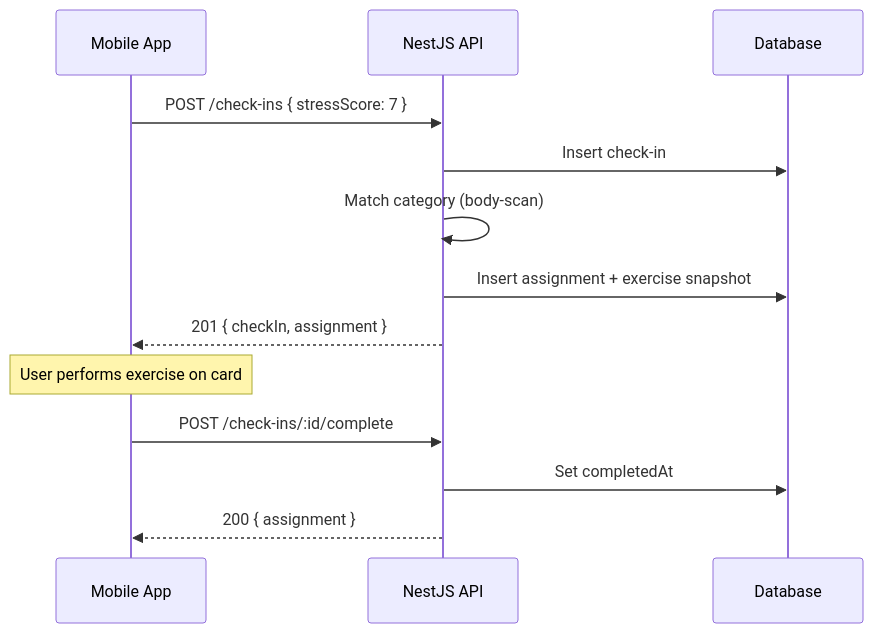
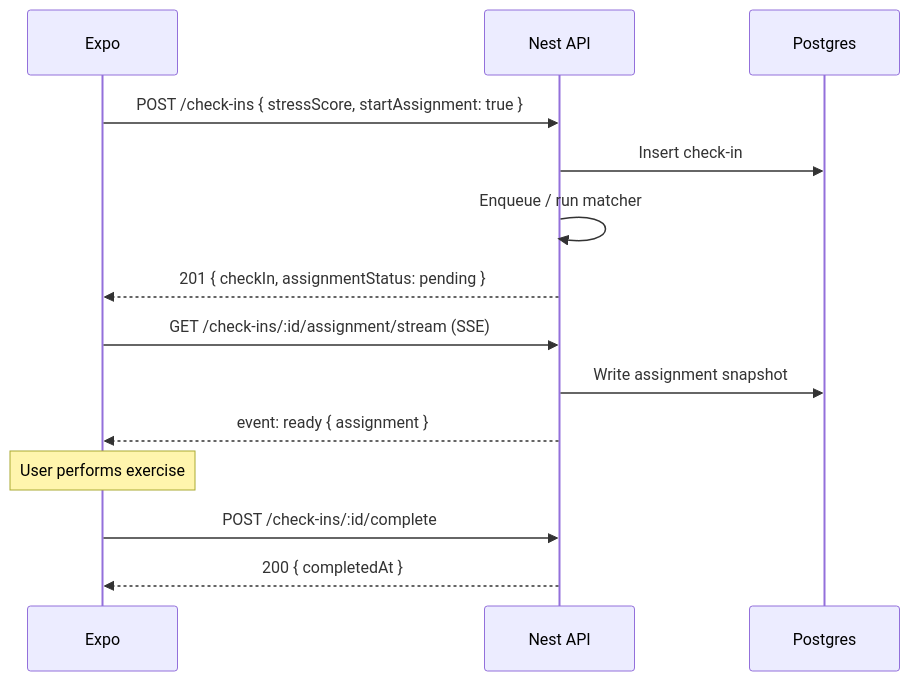
The second of 3 diagrams in apps/api/docs/API.md (Heydad-Helfer/aura), drawn with Mermaid before and after one commit. The commit also changed other lines of this file, not shown here.

Commit message:
Update API documentation to reflect changes in exercise assignment process, identifier conventions, and authentication methods. Introduce UUID v7 for time-ordered resources and clarify user profile endpoints and settings management.

````diff
--- a/apps/api/docs/API.md
+++ b/apps/api/docs/API.md
@@ -455,18 +574,20 @@
 ```mermaid
 sequenceDiagram
-  participant M as Mobile App
-  participant API as NestJS API
-  participant DB as Database
+  participant M as Expo
+  participant API as Nest API
+  participant DB as Postgres
 
-  M->>API: POST /check-ins { stressScore: 7 }
+  M->>API: POST /check-ins { stressScore, startAssignment: true }
   API->>DB: Insert check-in
-  API->>API: Match category (body-scan)
-  API->>DB: Insert assignment + exercise snapshot
-  API-->>M: 201 { checkIn, assignment }
+  API->>API: Enqueue / run matcher
+  API-->>M: 201 { checkIn, assignmentStatus: pending }
 
-  Note over M: User performs exercise on card
+  M->>API: GET /check-ins/:id/assignment/stream (SSE)
+  API->>DB: Write assignment snapshot
+  API-->>M: event: ready { assignment }
+
+  Note over M: User performs exercise
 
   M->>API: POST /check-ins/:id/complete
-  API->>DB: Set completedAt
-  API-->>M: 200 { assignment }
+  API-->>M: 200 { completedAt }
 ```
````
